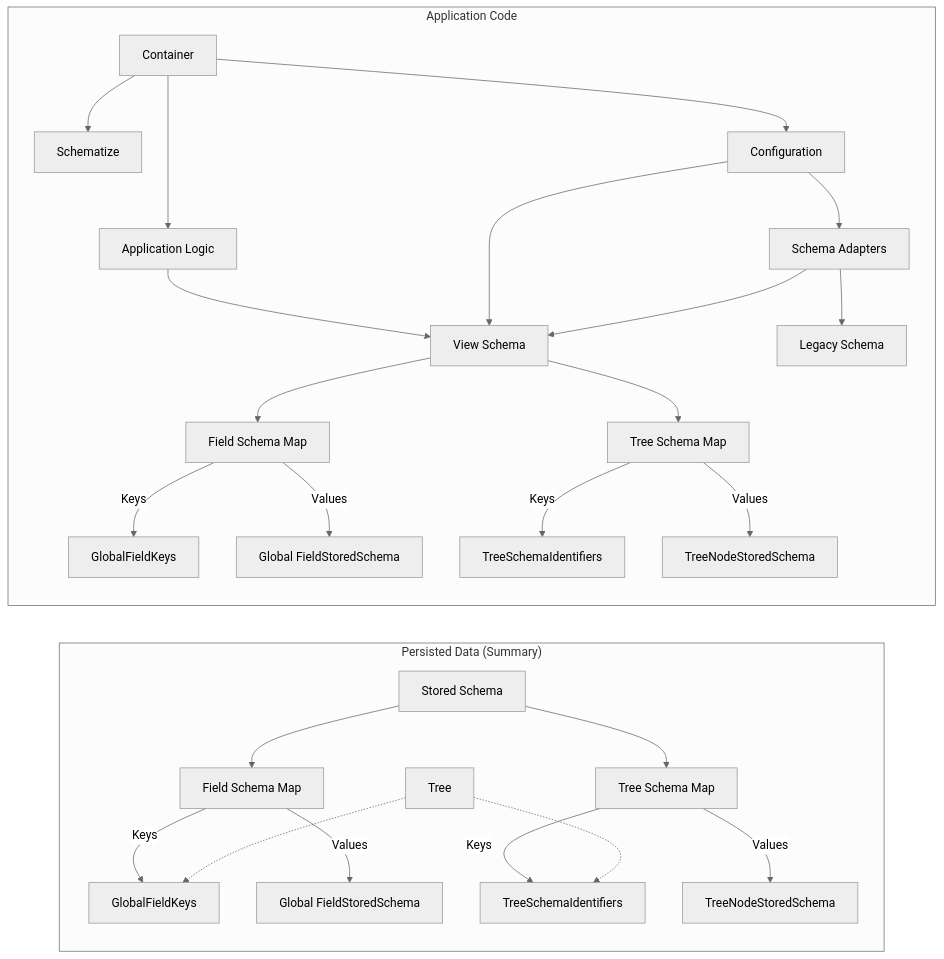
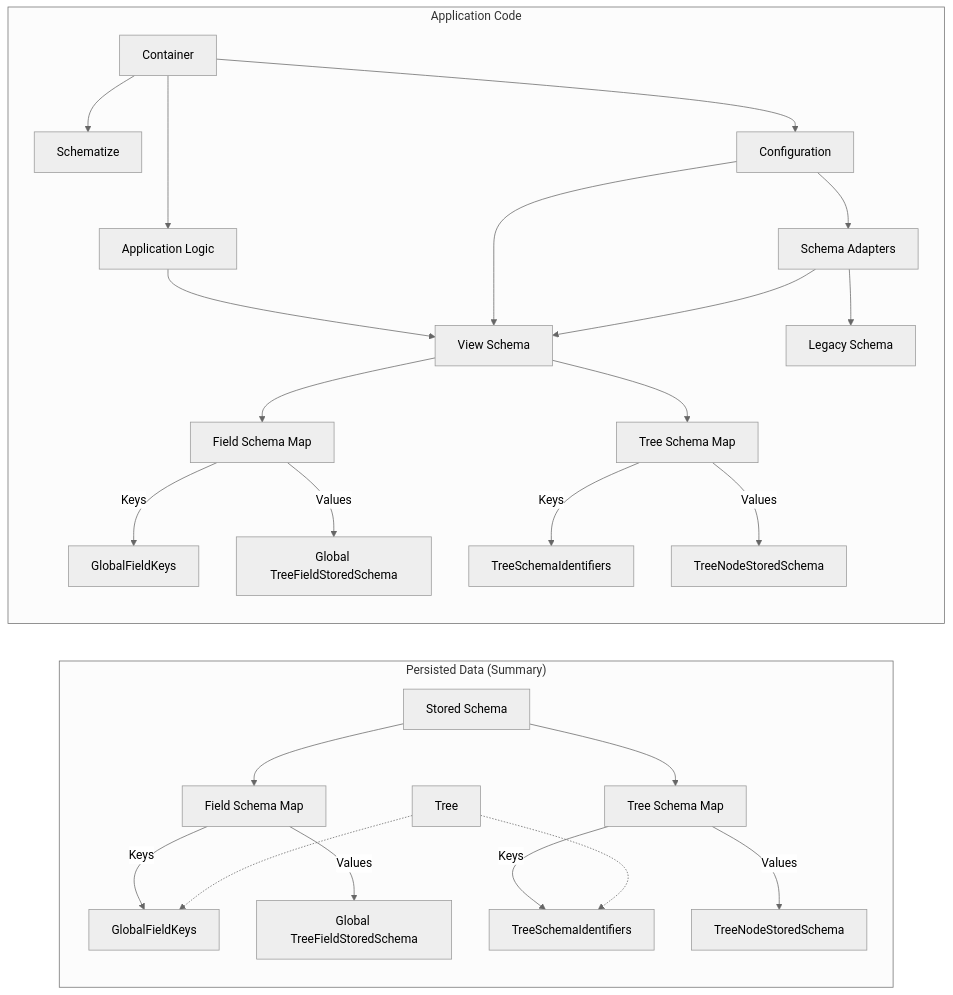
The diagram in experimental/dds/tree2/docs/main/stored-and-view-schema.md (microsoft/FluidFramework), drawn with Mermaid (neutral theme) before and after one commit. The commit also changed other lines of this file and 84 other files, not shown here.

Commit message:
Rename SchemaData, FieldSchema and FieldStoredSchema

````diff
--- a/experimental/dds/tree2/docs/main/stored-and-view-schema.md
+++ b/experimental/dds/tree2/docs/main/stored-and-view-schema.md
@@ -8,32 +8,32 @@
 ```mermaid
 graph LR;
     subgraph "Persisted Data (Summary)"
         stored[Stored Schema]
         stored-->fieldMap["Field Schema Map"]
         fieldMap--Keys-->GlobalFieldKeys
-        fieldMap--Values-->FieldStoredSchema["Global FieldStoredSchema"]
+        fieldMap--Values-->TreeFieldStoredSchema["Global TreeFieldStoredSchema"]
         stored-->treeMap["Tree Schema Map"]
         treeMap--Keys-->TreeSchemaIdentifiers
         treeMap--Values-->TreeNodeStoredSchema
         tree[Tree]
         tree-.->TreeSchemaIdentifiers
         tree-.->GlobalFieldKeys
     end
     subgraph "Application Code"
         init["Container"]-->app
         init-->Schematize
         init-->Configuration
         Configuration-->Adapters["Schema Adapters"]-->view
         Adapters-->legacy["Legacy Schema"]
         Configuration-->view
         app["Application Logic"]
         app-->view
         view["View Schema"]
         view-->vfieldMap["Field Schema Map"]
         vfieldMap--Keys-->vGlobalFieldKeys["GlobalFieldKeys"]
-        vfieldMap--Values-->vFieldSchema["Global FieldStoredSchema"]
+        vfieldMap--Values-->vFieldSchema["Global TreeFieldStoredSchema"]
         view-->vtreeMap["Tree Schema Map"]
         vtreeMap--Keys-->vTreeSchemaIdentifiers["TreeSchemaIdentifiers"]
         vtreeMap--Values-->vTreeSchema["TreeNodeStoredSchema"]
     end
 ```
````
